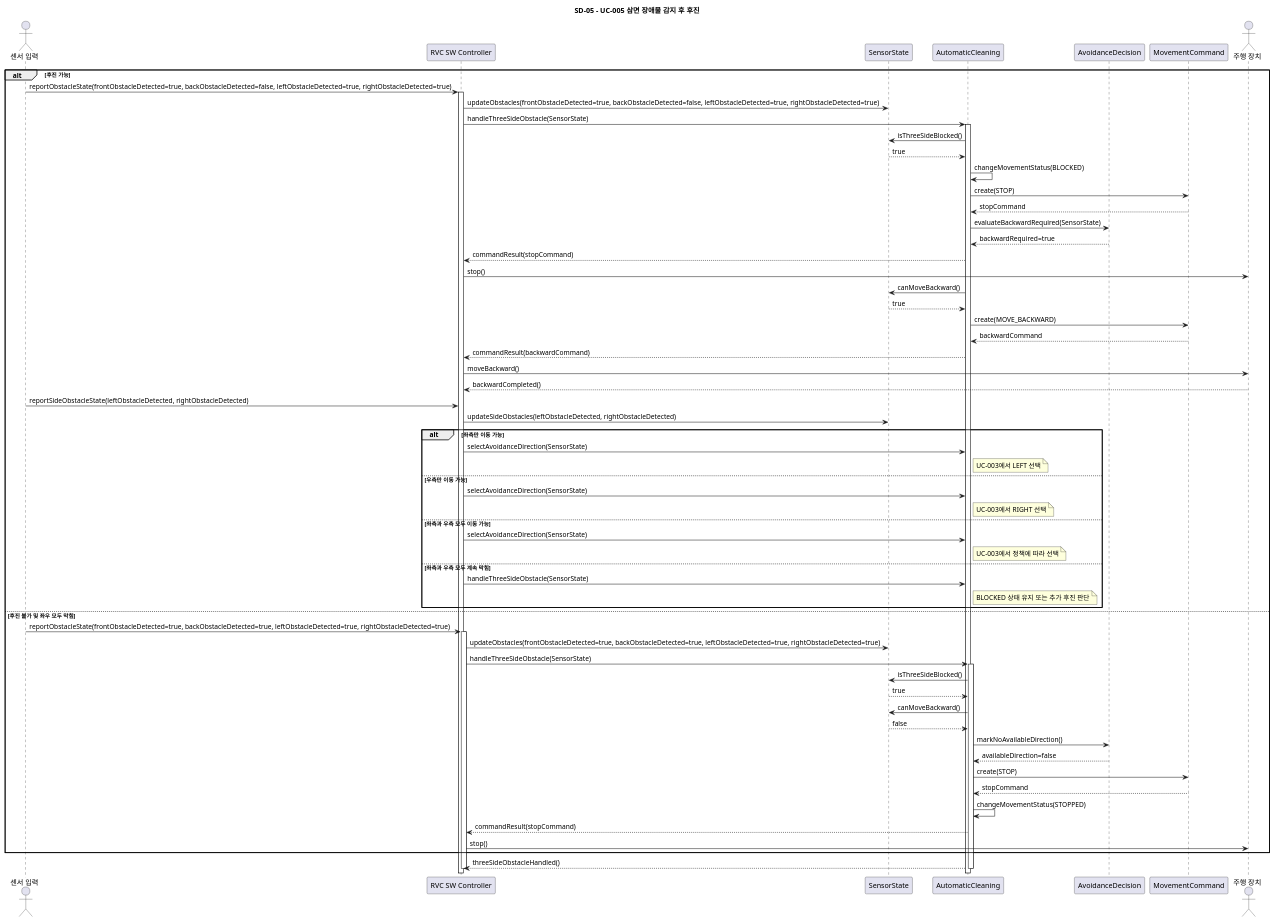
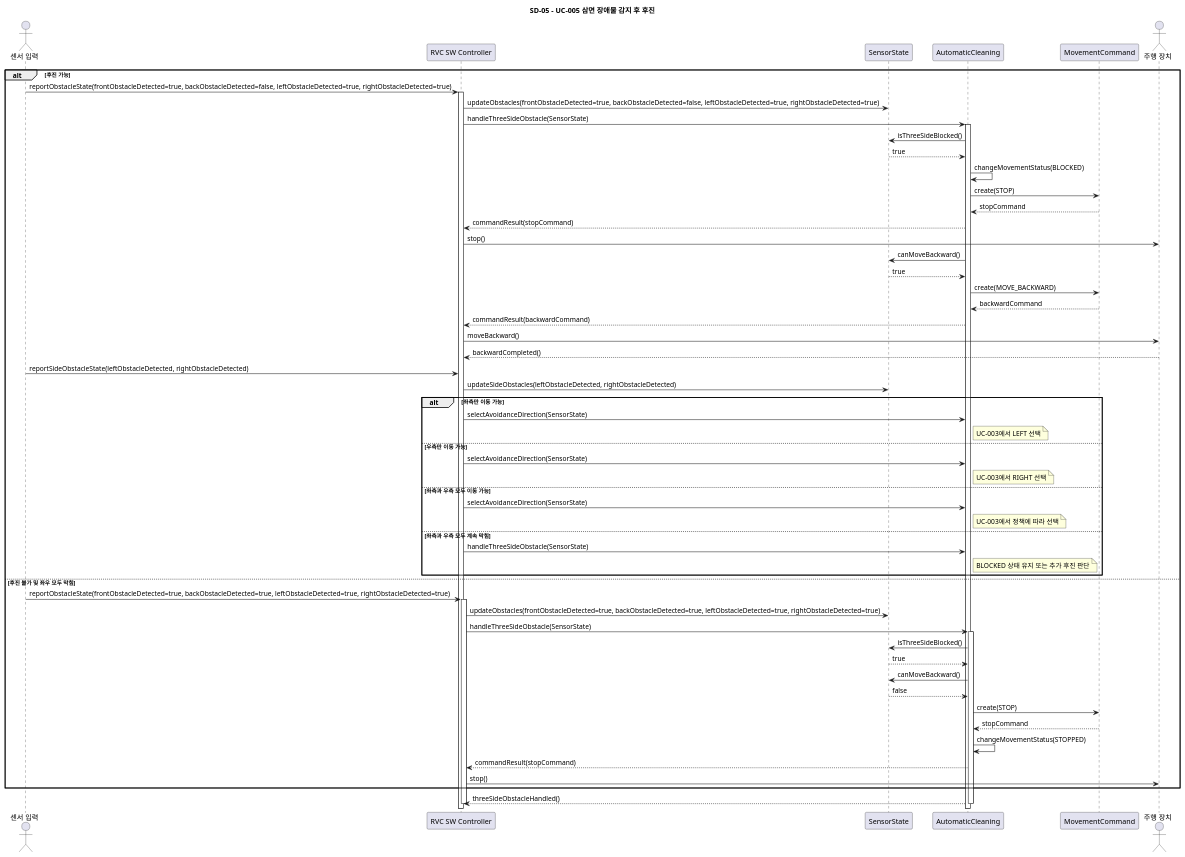
One commit to OOAD-Team3/Robot-Vacuum-Cleaner-AI changed the diagram in docs/sd/SD-05.puml. Above: the diagram before and after it, drawn with PlantUML. The commit also changed 11 other files, not shown here.

```diff
--- a/docs/sd/SD-05.puml
+++ b/docs/sd/SD-05.puml
@@ -6,71 +6,66 @@
 @startuml SD_05_UC005_Backward_On_Three_Side_Obstacle
 title SD-05 - UC-005 삼면 장애물 감지 후 후진
 
 actor "센서 입력" as Sensor
 participant "RVC SW Controller" as Controller
 participant "SensorState" as SensorState
 participant "AutomaticCleaning" as Cleaning
-participant "AvoidanceDecision" as AvoidanceDecision
 participant "MovementCommand" as MovementCommand
 actor "주행 장치" as Drive
 
 alt 후진 가능
     Sensor -> Controller: reportObstacleState(frontObstacleDetected=true, backObstacleDetected=false, leftObstacleDetected=true, rightObstacleDetected=true)
     activate Controller
     Controller -> SensorState: updateObstacles(frontObstacleDetected=true, backObstacleDetected=false, leftObstacleDetected=true, rightObstacleDetected=true)
     Controller -> Cleaning: handleThreeSideObstacle(SensorState)
     activate Cleaning
     Cleaning -> SensorState: isThreeSideBlocked()
     SensorState --> Cleaning: true
     Cleaning -> Cleaning: changeMovementStatus(BLOCKED)
     Cleaning -> MovementCommand: create(STOP)
     MovementCommand --> Cleaning: stopCommand
-    Cleaning -> AvoidanceDecision: evaluateBackwardRequired(SensorState)
-    AvoidanceDecision --> Cleaning: backwardRequired=true
     Cleaning --> Controller: commandResult(stopCommand)
     Controller -> Drive: stop()
     Cleaning -> SensorState: canMoveBackward()
     SensorState --> Cleaning: true
     Cleaning -> MovementCommand: create(MOVE_BACKWARD)
     MovementCommand --> Cleaning: backwardCommand
     Cleaning --> Controller: commandResult(backwardCommand)
     Controller -> Drive: moveBackward()
     Drive --> Controller: backwardCompleted()
     Sensor -> Controller: reportSideObstacleState(leftObstacleDetected, rightObstacleDetected)
     Controller -> SensorState: updateSideObstacles(leftObstacleDetected, rightObstacleDetected)
     alt 좌측만 이동 가능
         Controller -> Cleaning: selectAvoidanceDirection(SensorState)
         note right of Cleaning: UC-003에서 LEFT 선택
     else 우측만 이동 가능
         Controller -> Cleaning: selectAvoidanceDirection(SensorState)
         note right of Cleaning: UC-003에서 RIGHT 선택
     else 좌측과 우측 모두 이동 가능
         Controller -> Cleaning: selectAvoidanceDirection(SensorState)
         note right of Cleaning: UC-003에서 정책에 따라 선택
     else 좌측과 우측 모두 계속 막힘
         Controller -> Cleaning: handleThreeSideObstacle(SensorState)
         note right of Cleaning: BLOCKED 상태 유지 또는 추가 후진 판단
     end
 else 후진 불가 및 좌우 모두 막힘
     Sensor -> Controller: reportObstacleState(frontObstacleDetected=true, backObstacleDetected=true, leftObstacleDetected=true, rightObstacleDetected=true)
     activate Controller
     Controller -> SensorState: updateObstacles(frontObstacleDetected=true, backObstacleDetected=true, leftObstacleDetected=true, rightObstacleDetected=true)
     Controller -> Cleaning: handleThreeSideObstacle(SensorState)
     activate Cleaning
     Cleaning -> SensorState: isThreeSideBlocked()
     SensorState --> Cleaning: true
     Cleaning -> SensorState: canMoveBackward()
     SensorState --> Cleaning: false
-    Cleaning -> AvoidanceDecision: markNoAvailableDirection()
-    AvoidanceDecision --> Cleaning: availableDirection=false
     Cleaning -> MovementCommand: create(STOP)
     MovementCommand --> Cleaning: stopCommand
     Cleaning -> Cleaning: changeMovementStatus(STOPPED)
     Cleaning --> Controller: commandResult(stopCommand)
     Controller -> Drive: stop()
 end
 
 Cleaning --> Controller: threeSideObstacleHandled()
 deactivate Cleaning
 deactivate Controller
 @enduml
```
